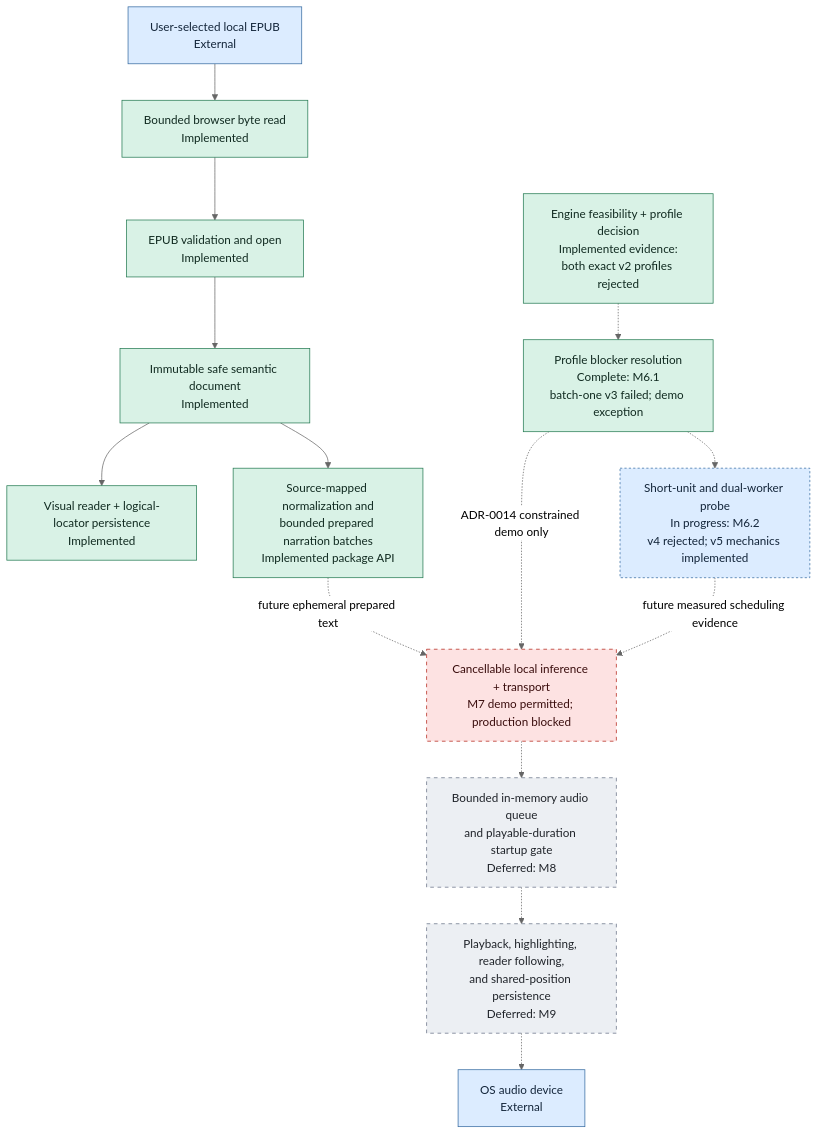
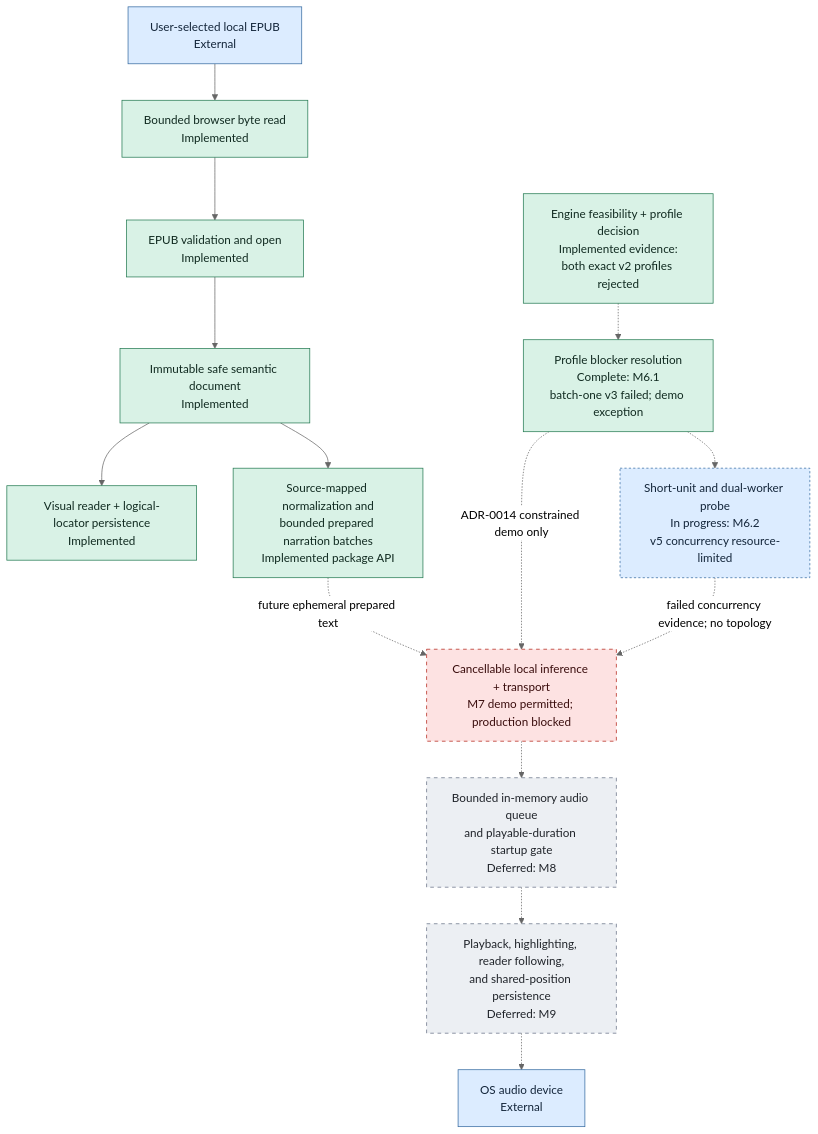
One commit to mmjosedaniel/voxleaf changed the second of 2 diagrams in docs/architecture/system-diagram.md. Above: the diagram before and after it, drawn with Mermaid (neutral theme). The commit also changed other lines of this file and 9 other files, not shown here.

````diff
--- a/docs/architecture/system-diagram.md
+++ b/docs/architecture/system-diagram.md
@@ -107,34 +107,34 @@
 ```mermaid
 flowchart TD
     classDef implemented fill:#d9f2e6,stroke:#247a52,color:#102a20
     classDef progress fill:#dcecff,stroke:#356aa0,color:#13253a,stroke-dasharray: 3 3
     classDef planned fill:#fff0c7,stroke:#9a6b00,color:#332400,stroke-dasharray: 5 5
     classDef blocked fill:#fde2e2,stroke:#b42318,color:#3a0d0d,stroke-dasharray: 5 5
     classDef deferred fill:#eceff3,stroke:#667085,color:#20242a,stroke-dasharray: 5 5
     classDef external fill:#dcecff,stroke:#356aa0,color:#13253a
 
     FILE["User-selected local EPUB<br/>External"]:::external
     READ["Bounded browser byte read<br/>Implemented"]:::implemented
     OPEN["EPUB validation and open<br/>Implemented"]:::implemented
     SAFE["Immutable safe semantic document<br/>Implemented"]:::implemented
     VISUAL["Visual reader + logical-locator persistence<br/>Implemented"]:::implemented
     PREP["Source-mapped normalization and<br/>bounded prepared narration batches<br/>Implemented package API"]:::implemented
     PROFILE["Engine feasibility + profile decision<br/>Implemented evidence:<br/>both exact v2 profiles rejected"]:::implemented
     NEXT_PROFILE["Profile blocker resolution<br/>Complete: M6.1<br/>batch-one v3 failed; demo exception"]:::implemented
-    BATCH_PROBE["Short-unit and dual-worker probe<br/>In progress: M6.2<br/>v4 rejected; v5 mechanics implemented"]:::progress
+    BATCH_PROBE["Short-unit and dual-worker probe<br/>In progress: M6.2<br/>v5 concurrency resource-limited"]:::progress
     INFER["Cancellable local inference + transport<br/>M7 demo permitted; production blocked"]:::blocked
     BUFFER["Bounded in-memory audio queue<br/>and playable-duration startup gate<br/>Deferred: M8"]:::deferred
     FOLLOW["Playback, highlighting, reader following,<br/>and shared-position persistence<br/>Deferred: M9"]:::deferred
     DEVICE["OS audio device<br/>External"]:::external
 
     FILE --> READ --> OPEN --> SAFE --> VISUAL
     SAFE --> PREP
     PREP -.->|"future ephemeral prepared text"| INFER
     PROFILE -.-> NEXT_PROFILE
     NEXT_PROFILE -.-> BATCH_PROBE
     NEXT_PROFILE -.->|"ADR-0014 constrained demo only"| INFER
-    BATCH_PROBE -.->|"future measured scheduling evidence"| INFER
+    BATCH_PROBE -.->|"failed concurrency evidence; no topology"| INFER
     INFER -.-> BUFFER
     BUFFER -.-> FOLLOW
     FOLLOW -.-> DEVICE
 ```
````
